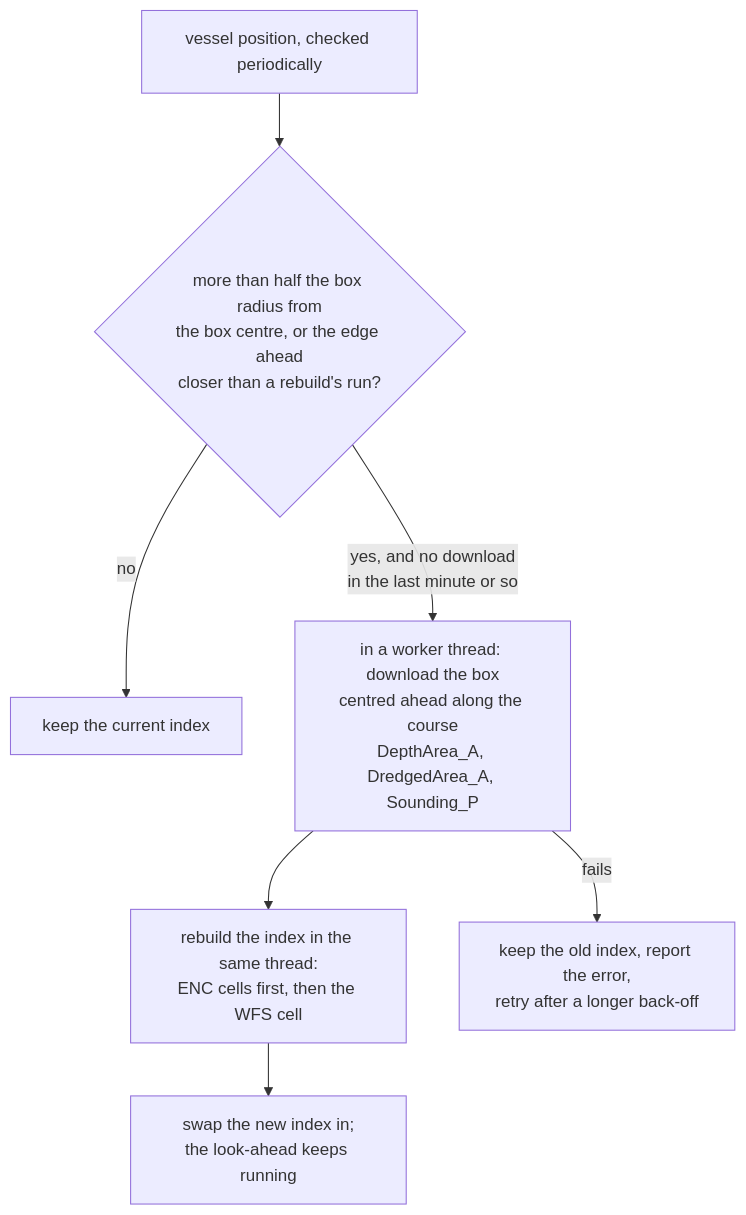
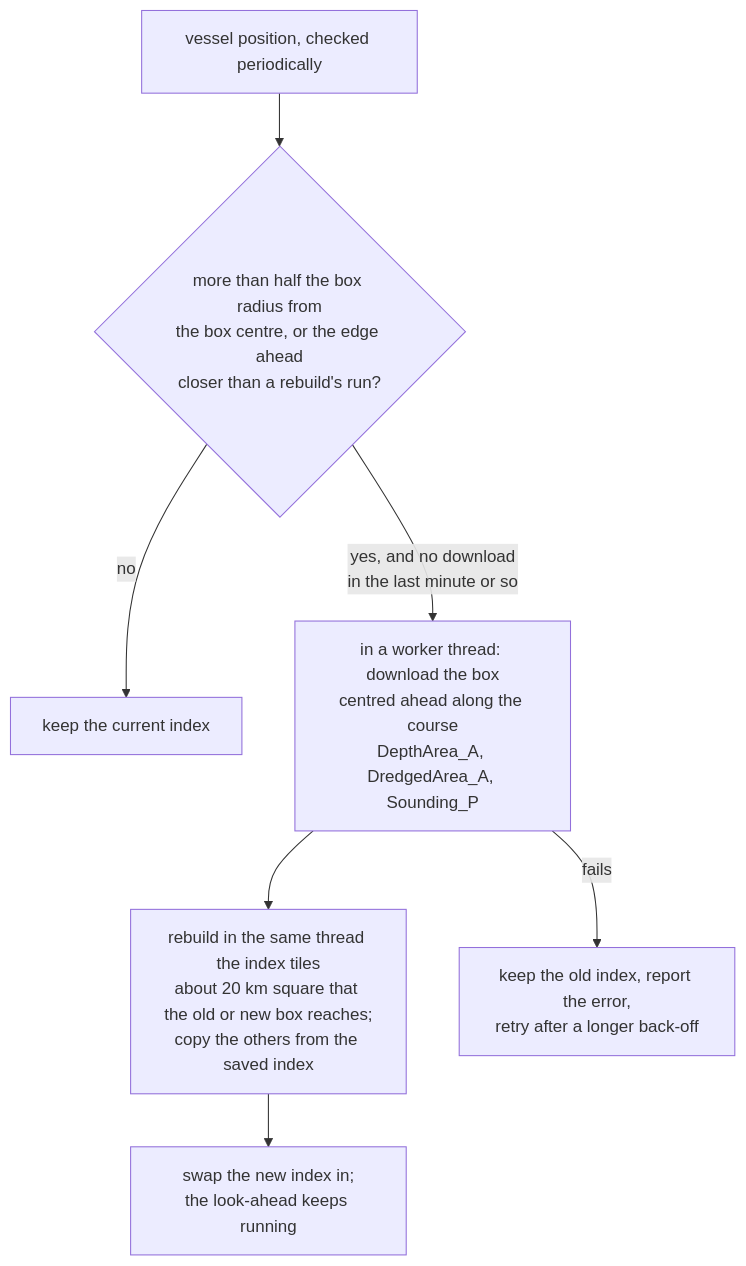
Before and after one commit to KEGustafsson/signalk-underkeel: the sixth of 6 diagrams in docs/HOW-IT-WORKS.md, drawn with Mermaid. The commit also changed 13 other files, not shown here.

First line of the commit message:
perf(wfs): rebuild only the index roots the old and new WFS box reach

````diff
--- a/docs/HOW-IT-WORKS.md
+++ b/docs/HOW-IT-WORKS.md
@@ -654,9 +654,9 @@
 ```mermaid
 flowchart TD
   P[vessel position, checked periodically] --> D{more than half the box radius from<br/>the box centre, or the edge ahead<br/>closer than a rebuild's run?}
   D -- no --> KEEP[keep the current index]
   D -- yes, and no download<br/>in the last minute or so --> W[in a worker thread: download the box<br/>centred ahead along the course<br/>DepthArea_A, DredgedArea_A, Sounding_P]
-  W --> B[rebuild the index in the same thread:<br/>ENC cells first, then the WFS cell]
+  W --> B[rebuild in the same thread the index tiles<br/>about 20 km square that the old or new box reaches;<br/>copy the others from the saved index]
   B --> S[swap the new index in;<br/>the look-ahead keeps running]
   W -- fails --> E[keep the old index, report the error,<br/>retry after a longer back-off]
 ```
````
